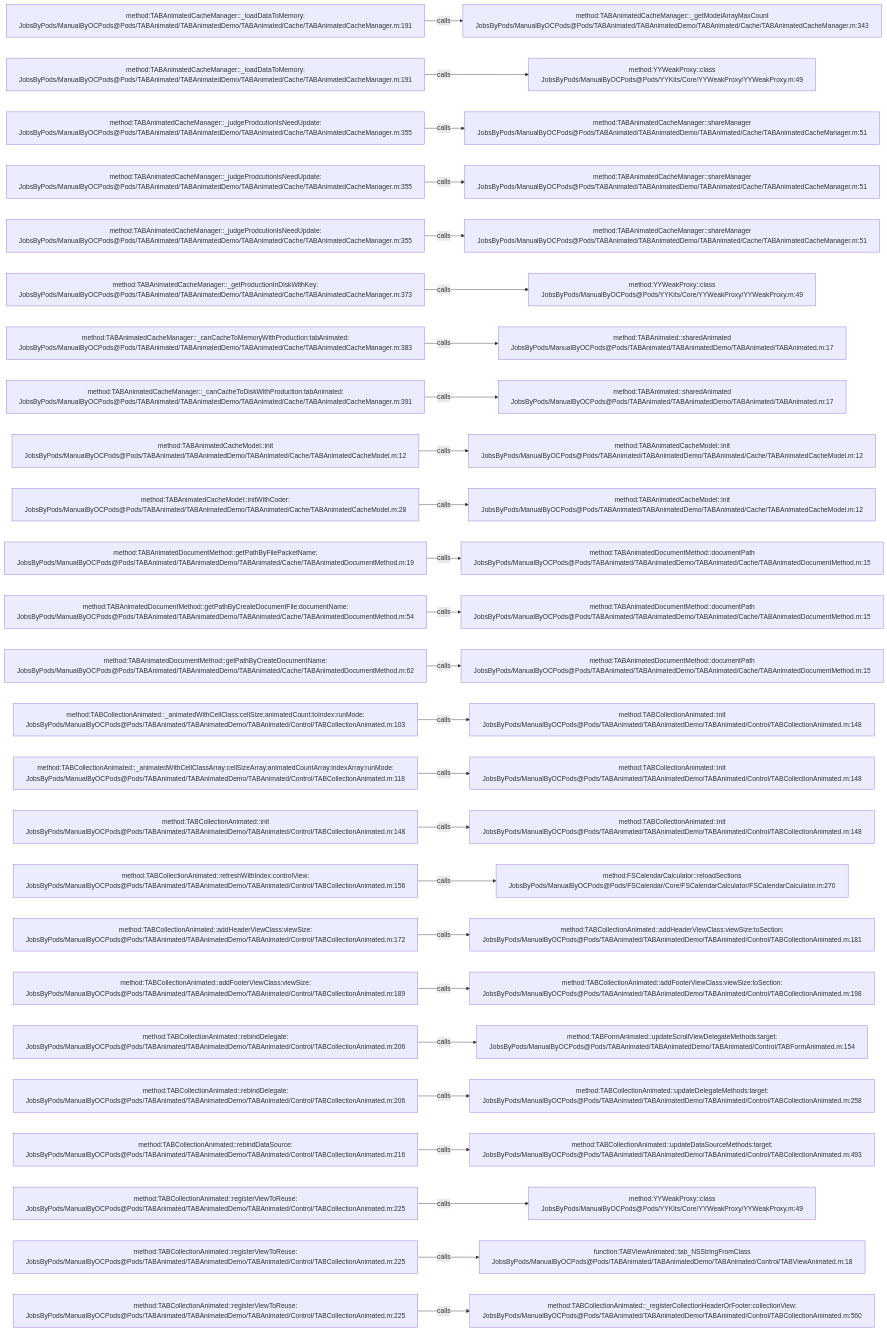
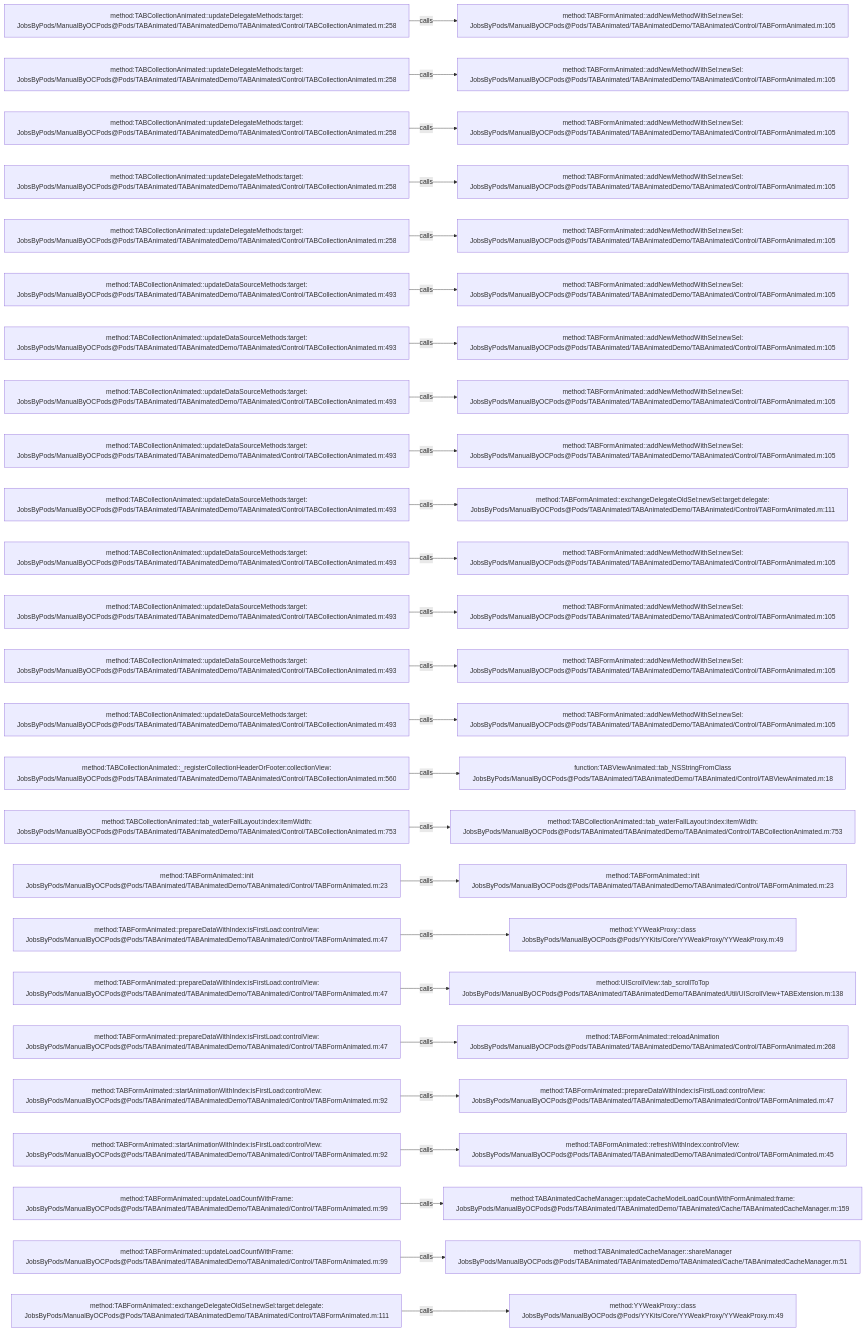
Before and after one commit to JobsKits/JobsOCBaseConfigDemo: the diagram in .codegraph/codegraph.md/graphs/calls-013.md, drawn with Mermaid. The commit also changed 2723 other files, not shown here.

````diff
--- a/.codegraph/codegraph.md/graphs/calls-013.md
+++ b/.codegraph/codegraph.md/graphs/calls-013.md
@@ -13,78 +13,78 @@
 ```mermaid
 flowchart LR
-  S1["method:TABAnimatedCacheManager::_loadDataToMemory:<br/>JobsByPods/ManualByOCPods@Pods/TABAnimated/TABAnimatedDemo/TABAnimated/Cache/TABAnimatedCacheManager.m:191"]
-  T1["method:TABAnimatedCacheManager::_getModelArrayMaxCount<br/>JobsByPods/ManualByOCPods@Pods/TABAnimated/TABAnimatedDemo/TABAnimated/Cache/TABAnimatedCacheManager.m:343"]
+  S1["method:TABCollectionAnimated::updateDelegateMethods:target:<br/>JobsByPods/ManualByOCPods@Pods/TABAnimated/TABAnimatedDemo/TABAnimated/Control/TABCollectionAnimated.m:258"]
+  T1["method:TABFormAnimated::addNewMethodWithSel:newSel:<br/>JobsByPods/ManualByOCPods@Pods/TABAnimated/TABAnimatedDemo/TABAnimated/Control/TABFormAnimated.m:105"]
   S1 -->|calls| T1
-  S2["method:TABAnimatedCacheManager::_loadDataToMemory:<br/>JobsByPods/ManualByOCPods@Pods/TABAnimated/TABAnimatedDemo/TABAnimated/Cache/TABAnimatedCacheManager.m:191"]
-  T2["method:YYWeakProxy::class<br/>JobsByPods/ManualByOCPods@Pods/YYKits/Core/YYWeakProxy/YYWeakProxy.m:49"]
+  S2["method:TABCollectionAnimated::updateDelegateMethods:target:<br/>JobsByPods/ManualByOCPods@Pods/TABAnimated/TABAnimatedDemo/TABAnimated/Control/TABCollectionAnimated.m:258"]
+  T2["method:TABFormAnimated::addNewMethodWithSel:newSel:<br/>JobsByPods/ManualByOCPods@Pods/TABAnimated/TABAnimatedDemo/TABAnimated/Control/TABFormAnimated.m:105"]
   S2 -->|calls| T2
-  S3["method:TABAnimatedCacheManager::_judgeProdcutionIsNeedUpdate:<br/>JobsByPods/ManualByOCPods@Pods/TABAnimated/TABAnimatedDemo/TABAnimated/Cache/TABAnimatedCacheManager.m:355"]
-  T3["method:TABAnimatedCacheManager::shareManager<br/>JobsByPods/ManualByOCPods@Pods/TABAnimated/TABAnimatedDemo/TABAnimated/Cache/TABAnimatedCacheManager.m:51"]
+  S3["method:TABCollectionAnimated::updateDelegateMethods:target:<br/>JobsByPods/ManualByOCPods@Pods/TABAnimated/TABAnimatedDemo/TABAnimated/Control/TABCollectionAnimated.m:258"]
+  T3["method:TABFormAnimated::addNewMethodWithSel:newSel:<br/>JobsByPods/ManualByOCPods@Pods/TABAnimated/TABAnimatedDemo/TABAnimated/Control/TABFormAnimated.m:105"]
   S3 -->|calls| T3
-  S4["method:TABAnimatedCacheManager::_judgeProdcutionIsNeedUpdate:<br/>JobsByPods/ManualByOCPods@Pods/TABAnimated/TABAnimatedDemo/TABAnimated/Cache/TABAnimatedCacheManager.m:355"]
-  T4["method:TABAnimatedCacheManager::shareManager<br/>JobsByPods/ManualByOCPods@Pods/TABAnimated/TABAnimatedDemo/TABAnimated/Cache/TABAnimatedCacheManager.m:51"]
+  S4["method:TABCollectionAnimated::updateDelegateMethods:target:<br/>JobsByPods/ManualByOCPods@Pods/TABAnimated/TABAnimatedDemo/TABAnimated/Control/TABCollectionAnimated.m:258"]
+  T4["method:TABFormAnimated::addNewMethodWithSel:newSel:<br/>JobsByPods/ManualByOCPods@Pods/TABAnimated/TABAnimatedDemo/TABAnimated/Control/TABFormAnimated.m:105"]
   S4 -->|calls| T4
-  S5["method:TABAnimatedCacheManager::_judgeProdcutionIsNeedUpdate:<br/>JobsByPods/ManualByOCPods@Pods/TABAnimated/TABAnimatedDemo/TABAnimated/Cache/TABAnimatedCacheManager.m:355"]
-  T5["method:TABAnimatedCacheManager::shareManager<br/>JobsByPods/ManualByOCPods@Pods/TABAnimated/TABAnimatedDemo/TABAnimated/Cache/TABAnimatedCacheManager.m:51"]
+  S5["method:TABCollectionAnimated::updateDelegateMethods:target:<br/>JobsByPods/ManualByOCPods@Pods/TABAnimated/TABAnimatedDemo/TABAnimated/Control/TABCollectionAnimated.m:258"]
+  T5["method:TABFormAnimated::addNewMethodWithSel:newSel:<br/>JobsByPods/ManualByOCPods@Pods/TABAnimated/TABAnimatedDemo/TABAnimated/Control/TABFormAnimated.m:105"]
   S5 -->|calls| T5
-  S6["method:TABAnimatedCacheManager::_getProductionInDiskWithKey:<br/>JobsByPods/ManualByOCPods@Pods/TABAnimated/TABAnimatedDemo/TABAnimated/Cache/TABAnimatedCacheManager.m:373"]
-  T6["method:YYWeakProxy::class<br/>JobsByPods/ManualByOCPods@Pods/YYKits/Core/YYWeakProxy/YYWeakProxy.m:49"]
+  S6["method:TABCollectionAnimated::updateDataSourceMethods:target:<br/>JobsByPods/ManualByOCPods@Pods/TABAnimated/TABAnimatedDemo/TABAnimated/Control/TABCollectionAnimated.m:493"]
+  T6["method:TABFormAnimated::addNewMethodWithSel:newSel:<br/>JobsByPods/ManualByOCPods@Pods/TABAnimated/TABAnimatedDemo/TABAnimated/Control/TABFormAnimated.m:105"]
   S6 -->|calls| T6
-  S7["method:TABAnimatedCacheManager::_canCacheToMemoryWithProduction:tabAnimated:<br/>JobsByPods/ManualByOCPods@Pods/TABAnimated/TABAnimatedDemo/TABAnimated/Cache/TABAnimatedCacheManager.m:383"]
-  T7["method:TABAnimated::sharedAnimated<br/>JobsByPods/ManualByOCPods@Pods/TABAnimated/TABAnimatedDemo/TABAnimated/TABAnimated.m:17"]
+  S7["method:TABCollectionAnimated::updateDataSourceMethods:target:<br/>JobsByPods/ManualByOCPods@Pods/TABAnimated/TABAnimatedDemo/TABAnimated/Control/TABCollectionAnimated.m:493"]
+  T7["method:TABFormAnimated::addNewMethodWithSel:newSel:<br/>JobsByPods/ManualByOCPods@Pods/TABAnimated/TABAnimatedDemo/TABAnimated/Control/TABFormAnimated.m:105"]
   S7 -->|calls| T7
-  S8["method:TABAnimatedCacheManager::_canCacheToDiskWithProduction:tabAnimated:<br/>JobsByPods/ManualByOCPods@Pods/TABAnimated/TABAnimatedDemo/TABAnimated/Cache/TABAnimatedCacheManager.m:391"]
-  T8["method:TABAnimated::sharedAnimated<br/>JobsByPods/ManualByOCPods@Pods/TABAnimated/TABAnimatedDemo/TABAnimated/TABAnimated.m:17"]
+  S8["method:TABCollectionAnimated::updateDataSourceMethods:target:<br/>JobsByPods/ManualByOCPods@Pods/TABAnimated/TABAnimatedDemo/TABAnimated/Control/TABCollectionAnimated.m:493"]
+  T8["method:TABFormAnimated::addNewMethodWithSel:newSel:<br/>JobsByPods/ManualByOCPods@Pods/TABAnimated/TABAnimatedDemo/TABAnimated/Control/TABFormAnimated.m:105"]
   S8 -->|calls| T8
-  S9["method:TABAnimatedCacheModel::init<br/>JobsByPods/ManualByOCPods@Pods/TABAnimated/TABAnimatedDemo/TABAnimated/Cache/TABAnimatedCacheModel.m:12"]
-  T9["method:TABAnimatedCacheModel::init<br/>JobsByPods/ManualByOCPods@Pods/TABAnimated/TABAnimatedDemo/TABAnimated/Cache/TABAnimatedCacheModel.m:12"]
+  S9["method:TABCollectionAnimated::updateDataSourceMethods:target:<br/>JobsByPods/ManualByOCPods@Pods/TABAnimated/TABAnimatedDemo/TABAnimated/Control/TABCollectionAnimated.m:493"]
+  T9["method:TABFormAnimated::addNewMethodWithSel:newSel:<br/>JobsByPods/ManualByOCPods@Pods/TABAnimated/TABAnimatedDemo/TABAnimated/Control/TABFormAnimated.m:105"]
   S9 -->|calls| T9
-  S10["method:TABAnimatedCacheModel::initWithCoder:<br/>JobsByPods/ManualByOCPods@Pods/TABAnimated/TABAnimatedDemo/TABAnimated/Cache/TABAnimatedCacheModel.m:28"]
-  T10["method:TABAnimatedCacheModel::init<br/>JobsByPods/ManualByOCPods@Pods/TABAnimated/TABAnimatedDemo/TABAnimated/Cache/TABAnimatedCacheModel.m:12"]
+  S10["method:TABCollectionAnimated::updateDataSourceMethods:target:<br/>JobsByPods/ManualByOCPods@Pods/TABAnimated/TABAnimatedDemo/TABAnimated/Control/TABCollectionAnimated.m:493"]
+  T10["method:TABFormAnimated::exchangeDelegateOldSel:newSel:target:delegate:<br/>JobsByPods/ManualByOCPods@Pods/TABAnimated/TABAnimatedDemo/TABAnimated/Control/TABFormAnimated.m:111"]
   S10 -->|calls| T10
-  S11["method:TABAnimatedDocumentMethod::getPathByFilePacketName:<br/>JobsByPods/ManualByOCPods@Pods/TABAnimated/TABAnimatedDemo/TABAnimated/Cache/TABAnimatedDocumentMethod.m:19"]
-  T11["method:TABAnimatedDocumentMethod::documentPath<br/>JobsByPods/ManualByOCPods@Pods/TABAnimated/TABAnimatedDemo/TABAnimated/Cache/TABAnimatedDocumentMethod.m:15"]
+  S11["method:TABCollectionAnimated::updateDataSourceMethods:target:<br/>JobsByPods/ManualByOCPods@Pods/TABAnimated/TABAnimatedDemo/TABAnimated/Control/TABCollectionAnimated.m:493"]
+  T11["method:TABFormAnimated::addNewMethodWithSel:newSel:<br/>JobsByPods/ManualByOCPods@Pods/TABAnimated/TABAnimatedDemo/TABAnimated/Control/TABFormAnimated.m:105"]
   S11 -->|calls| T11
-  S12["method:TABAnimatedDocumentMethod::getPathByCreateDocumentFile:documentName:<br/>JobsByPods/ManualByOCPods@Pods/TABAnimated/TABAnimatedDemo/TABAnimated/Cache/TABAnimatedDocumentMethod.m:54"]
-  T12["method:TABAnimatedDocumentMethod::documentPath<br/>JobsByPods/ManualByOCPods@Pods/TABAnimated/TABAnimatedDemo/TABAnimated/Cache/TABAnimatedDocumentMethod.m:15"]
+  S12["method:TABCollectionAnimated::updateDataSourceMethods:target:<br/>JobsByPods/ManualByOCPods@Pods/TABAnimated/TABAnimatedDemo/TABAnimated/Control/TABCollectionAnimated.m:493"]
+  T12["method:TABFormAnimated::addNewMethodWithSel:newSel:<br/>JobsByPods/ManualByOCPods@Pods/TABAnimated/TABAnimatedDemo/TABAnimated/Control/TABFormAnimated.m:105"]
   S12 -->|calls| T12
-  S13["method:TABAnimatedDocumentMethod::getPathByCreateDocumentName:<br/>JobsByPods/ManualByOCPods@Pods/TABAnimated/TABAnimatedDemo/TABAnimated/Cache/TABAnimatedDocumentMethod.m:62"]
-  T13["method:TABAnimatedDocumentMethod::documentPath<br/>JobsByPods/ManualByOCPods@Pods/TABAnimated/TABAnimatedDemo/TABAnimated/Cache/TABAnimatedDocumentMethod.m:15"]
+  S13["method:TABCollectionAnimated::updateDataSourceMethods:target:<br/>JobsByPods/ManualByOCPods@Pods/TABAnimated/TABAnimatedDemo/TABAnimated/Control/TABCollectionAnimated.m:493"]
+  T13["method:TABFormAnimated::addNewMethodWithSel:newSel:<br/>JobsByPods/ManualByOCPods@Pods/TABAnimated/TABAnimatedDemo/TABAnimated/Control/TABFormAnimated.m:105"]
   S13 -->|calls| T13
-  S14["method:TABCollectionAnimated::_animatedWithCellClass:cellSize:animatedCount:toIndex:runMode:<br/>JobsByPods/ManualByOCPods@Pods/TABAnimated/TABAnimatedDemo/TABAnimated/Control/TABCollectionAnimated.m:103"]
-  T14["method:TABCollectionAnimated::init<br/>JobsByPods/ManualByOCPods@Pods/TABAnimated/TABAnimatedDemo/TABAnimated/Control/TABCollectionAnimated.m:148"]
+  S14["method:TABCollectionAnimated::updateDataSourceMethods:target:<br/>JobsByPods/ManualByOCPods@Pods/TABAnimated/TABAnimatedDemo/TABAnimated/Control/TABCollectionAnimated.m:493"]
+  T14["method:TABFormAnimated::addNewMethodWithSel:newSel:<br/>JobsByPods/ManualByOCPods@Pods/TABAnimated/TABAnimatedDemo/TABAnimated/Control/TABFormAnimated.m:105"]
   S14 -->|calls| T14
-  S15["method:TABCollectionAnimated::_animatedWithCellClassArray:cellSizeArray:animatedCountArray:indexArray:runMode:<br/>JobsByPods/ManualByOCPods@Pods/TABAnimated/TABAnimatedDemo/TABAnimated/Control/TABCollectionAnimated.m:118"]
-  T15["method:TABCollectionAnimated::init<br/>JobsByPods/ManualByOCPods@Pods/TABAnimated/TABAnimatedDemo/TABAnimated/Control/TABCollectionAnimated.m:148"]
+  S15["method:TABCollectionAnimated::_registerCollectionHeaderOrFooter:collectionView:<br/>JobsByPods/ManualByOCPods@Pods/TABAnimated/TABAnimatedDemo/TABAnimated/Control/TABCollectionAnimated.m:560"]
+  T15["function:TABViewAnimated::tab_NSStringFromClass<br/>JobsByPods/ManualByOCPods@Pods/TABAnimated/TABAnimatedDemo/TABAnimated/Control/TABViewAnimated.m:18"]
   S15 -->|calls| T15
-  S16["method:TABCollectionAnimated::init<br/>JobsByPods/ManualByOCPods@Pods/TABAnimated/TABAnimatedDemo/TABAnimated/Control/TABCollectionAnimated.m:148"]
-  T16["method:TABCollectionAnimated::init<br/>JobsByPods/ManualByOCPods@Pods/TABAnimated/TABAnimatedDemo/TABAnimated/Control/TABCollectionAnimated.m:148"]
+  S16["method:TABCollectionAnimated::tab_waterFallLayout:index:itemWidth:<br/>JobsByPods/ManualByOCPods@Pods/TABAnimated/TABAnimatedDemo/TABAnimated/Control/TABCollectionAnimated.m:753"]
+  T16["method:TABCollectionAnimated::tab_waterFallLayout:index:itemWidth:<br/>JobsByPods/ManualByOCPods@Pods/TABAnimated/TABAnimatedDemo/TABAnimated/Control/TABCollectionAnimated.m:753"]
   S16 -->|calls| T16
-  S17["method:TABCollectionAnimated::refreshWithIndex:controlView:<br/>JobsByPods/ManualByOCPods@Pods/TABAnimated/TABAnimatedDemo/TABAnimated/Control/TABCollectionAnimated.m:156"]
-  T17["method:FSCalendarCalculator::reloadSections<br/>JobsByPods/ManualByOCPods@Pods/FSCalendar/Core/FSCalendarCalculator/FSCalendarCalculator.m:270"]
+  S17["method:TABFormAnimated::init<br/>JobsByPods/ManualByOCPods@Pods/TABAnimated/TABAnimatedDemo/TABAnimated/Control/TABFormAnimated.m:23"]
+  T17["method:TABFormAnimated::init<br/>JobsByPods/ManualByOCPods@Pods/TABAnimated/TABAnimatedDemo/TABAnimated/Control/TABFormAnimated.m:23"]
   S17 -->|calls| T17
-  S18["method:TABCollectionAnimated::addHeaderViewClass:viewSize:<br/>JobsByPods/ManualByOCPods@Pods/TABAnimated/TABAnimatedDemo/TABAnimated/Control/TABCollectionAnimated.m:172"]
-  T18["method:TABCollectionAnimated::addHeaderViewClass:viewSize:toSection:<br/>JobsByPods/ManualByOCPods@Pods/TABAnimated/TABAnimatedDemo/TABAnimated/Control/TABCollectionAnimated.m:181"]
+  S18["method:TABFormAnimated::prepareDataWithIndex:isFirstLoad:controlView:<br/>JobsByPods/ManualByOCPods@Pods/TABAnimated/TABAnimatedDemo/TABAnimated/Control/TABFormAnimated.m:47"]
+  T18["method:YYWeakProxy::class<br/>JobsByPods/ManualByOCPods@Pods/YYKits/Core/YYWeakProxy/YYWeakProxy.m:49"]
   S18 -->|calls| T18
-  S19["method:TABCollectionAnimated::addFooterViewClass:viewSize:<br/>JobsByPods/ManualByOCPods@Pods/TABAnimated/TABAnimatedDemo/TABAnimated/Control/TABCollectionAnimated.m:189"]
-  T19["method:TABCollectionAnimated::addFooterViewClass:viewSize:toSection:<br/>JobsByPods/ManualByOCPods@Pods/TABAnimated/TABAnimatedDemo/TABAnimated/Control/TABCollectionAnimated.m:198"]
+  S19["method:TABFormAnimated::prepareDataWithIndex:isFirstLoad:controlView:<br/>JobsByPods/ManualByOCPods@Pods/TABAnimated/TABAnimatedDemo/TABAnimated/Control/TABFormAnimated.m:47"]
+  T19["method:UIScrollView::tab_scrollToTop<br/>JobsByPods/ManualByOCPods@Pods/TABAnimated/TABAnimatedDemo/TABAnimated/Util/UIScrollView+TABExtension.m:138"]
   S19 -->|calls| T19
-  S20["method:TABCollectionAnimated::rebindDelegate:<br/>JobsByPods/ManualByOCPods@Pods/TABAnimated/TABAnimatedDemo/TABAnimated/Control/TABCollectionAnimated.m:206"]
-  T20["method:TABFormAnimated::updateScrollViewDelegateMethods:target:<br/>JobsByPods/ManualByOCPods@Pods/TABAnimated/TABAnimatedDemo/TABAnimated/Control/TABFormAnimated.m:154"]
+  S20["method:TABFormAnimated::prepareDataWithIndex:isFirstLoad:controlView:<br/>JobsByPods/ManualByOCPods@Pods/TABAnimated/TABAnimatedDemo/TABAnimated/Control/TABFormAnimated.m:47"]
+  T20["method:TABFormAnimated::reloadAnimation<br/>JobsByPods/ManualByOCPods@Pods/TABAnimated/TABAnimatedDemo/TABAnimated/Control/TABFormAnimated.m:268"]
   S20 -->|calls| T20
-  S21["method:TABCollectionAnimated::rebindDelegate:<br/>JobsByPods/ManualByOCPods@Pods/TABAnimated/TABAnimatedDemo/TABAnimated/Control/TABCollectionAnimated.m:206"]
-  T21["method:TABCollectionAnimated::updateDelegateMethods:target:<br/>JobsByPods/ManualByOCPods@Pods/TABAnimated/TABAnimatedDemo/TABAnimated/Control/TABCollectionAnimated.m:258"]
+  S21["method:TABFormAnimated::startAnimationWithIndex:isFirstLoad:controlView:<br/>JobsByPods/ManualByOCPods@Pods/TABAnimated/TABAnimatedDemo/TABAnimated/Control/TABFormAnimated.m:92"]
+  T21["method:TABFormAnimated::prepareDataWithIndex:isFirstLoad:controlView:<br/>JobsByPods/ManualByOCPods@Pods/TABAnimated/TABAnimatedDemo/TABAnimated/Control/TABFormAnimated.m:47"]
   S21 -->|calls| T21
-  S22["method:TABCollectionAnimated::rebindDataSource:<br/>JobsByPods/ManualByOCPods@Pods/TABAnimated/TABAnimatedDemo/TABAnimated/Control/TABCollectionAnimated.m:216"]
-  T22["method:TABCollectionAnimated::updateDataSourceMethods:target:<br/>JobsByPods/ManualByOCPods@Pods/TABAnimated/TABAnimatedDemo/TABAnimated/Control/TABCollectionAnimated.m:493"]
+  S22["method:TABFormAnimated::startAnimationWithIndex:isFirstLoad:controlView:<br/>JobsByPods/ManualByOCPods@Pods/TABAnimated/TABAnimatedDemo/TABAnimated/Control/TABFormAnimated.m:92"]
+  T22["method:TABFormAnimated::refreshWithIndex:controlView:<br/>JobsByPods/ManualByOCPods@Pods/TABAnimated/TABAnimatedDemo/TABAnimated/Control/TABFormAnimated.m:45"]
   S22 -->|calls| T22
-  S23["method:TABCollectionAnimated::registerViewToReuse:<br/>JobsByPods/ManualByOCPods@Pods/TABAnimated/TABAnimatedDemo/TABAnimated/Control/TABCollectionAnimated.m:225"]
-  T23["method:YYWeakProxy::class<br/>JobsByPods/ManualByOCPods@Pods/YYKits/Core/YYWeakProxy/YYWeakProxy.m:49"]
+  S23["method:TABFormAnimated::updateLoadCountWithFrame:<br/>JobsByPods/ManualByOCPods@Pods/TABAnimated/TABAnimatedDemo/TABAnimated/Control/TABFormAnimated.m:99"]
+  T23["method:TABAnimatedCacheManager::updateCacheModelLoadCountWithFormAnimated:frame:<br/>JobsByPods/ManualByOCPods@Pods/TABAnimated/TABAnimatedDemo/TABAnimated/Cache/TABAnimatedCacheManager.m:159"]
   S23 -->|calls| T23
-  S24["method:TABCollectionAnimated::registerViewToReuse:<br/>JobsByPods/ManualByOCPods@Pods/TABAnimated/TABAnimatedDemo/TABAnimated/Control/TABCollectionAnimated.m:225"]
-  T24["function:TABViewAnimated::tab_NSStringFromClass<br/>JobsByPods/ManualByOCPods@Pods/TABAnimated/TABAnimatedDemo/TABAnimated/Control/TABViewAnimated.m:18"]
+  S24["method:TABFormAnimated::updateLoadCountWithFrame:<br/>JobsByPods/ManualByOCPods@Pods/TABAnimated/TABAnimatedDemo/TABAnimated/Control/TABFormAnimated.m:99"]
+  T24["method:TABAnimatedCacheManager::shareManager<br/>JobsByPods/ManualByOCPods@Pods/TABAnimated/TABAnimatedDemo/TABAnimated/Cache/TABAnimatedCacheManager.m:51"]
   S24 -->|calls| T24
-  S25["method:TABCollectionAnimated::registerViewToReuse:<br/>JobsByPods/ManualByOCPods@Pods/TABAnimated/TABAnimatedDemo/TABAnimated/Control/TABCollectionAnimated.m:225"]
-  T25["method:TABCollectionAnimated::_registerCollectionHeaderOrFooter:collectionView:<br/>JobsByPods/ManualByOCPods@Pods/TABAnimated/TABAnimatedDemo/TABAnimated/Control/TABCollectionAnimated.m:560"]
+  S25["method:TABFormAnimated::exchangeDelegateOldSel:newSel:target:delegate:<br/>JobsByPods/ManualByOCPods@Pods/TABAnimated/TABAnimatedDemo/TABAnimated/Control/TABFormAnimated.m:111"]
+  T25["method:YYWeakProxy::class<br/>JobsByPods/ManualByOCPods@Pods/YYKits/Core/YYWeakProxy/YYWeakProxy.m:49"]
   S25 -->|calls| T25
 ```
````
